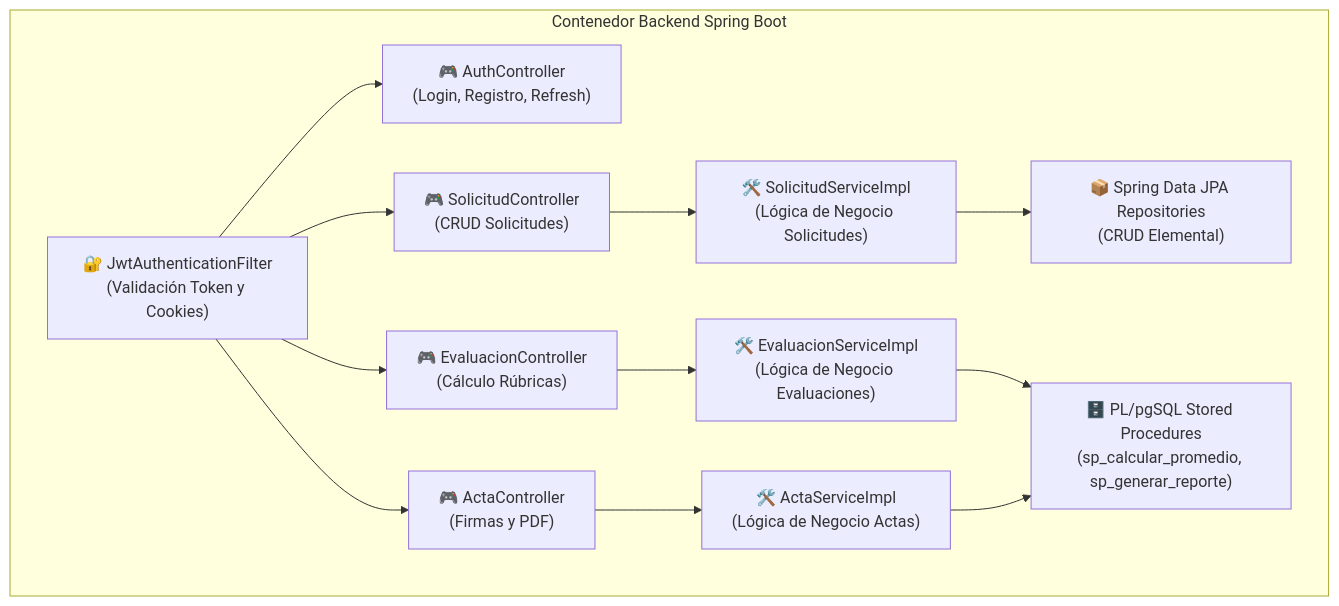
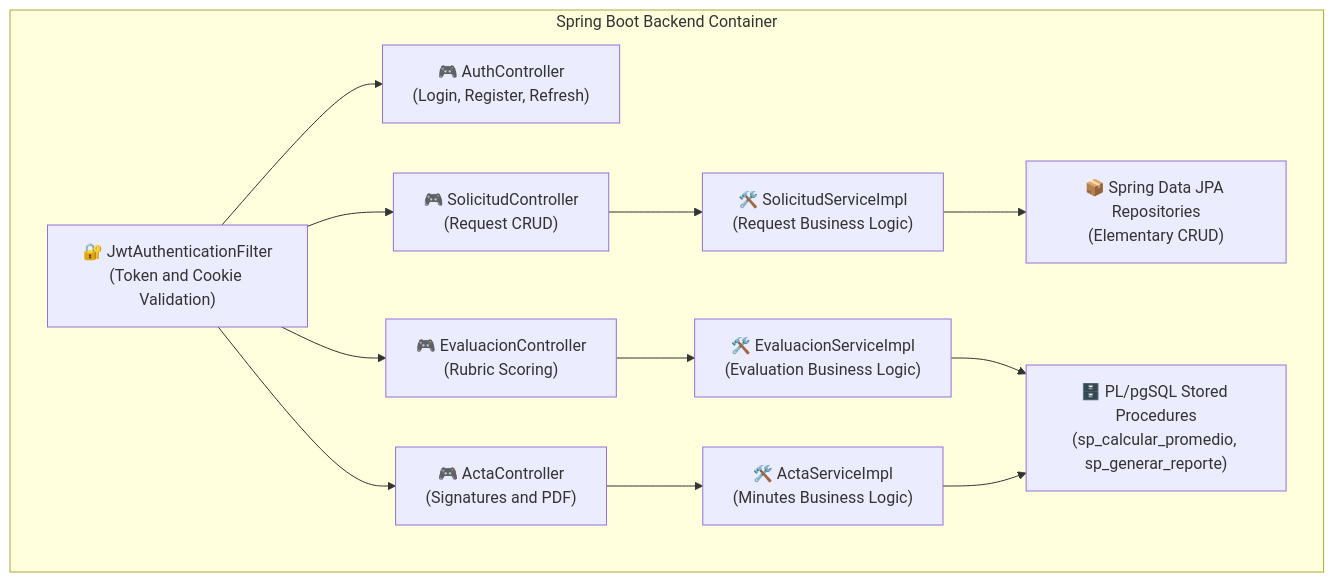
Before and after one commit to carla22072004/PFC-Presustentaciones-2026: the third of 3 diagrams in docs/arquitectura/README.md, drawn with Mermaid. The commit also changed other lines of this file and 20 other files, not shown here.

````diff
--- a/docs/arquitectura/README.md
+++ b/docs/arquitectura/README.md
@@ -56,30 +61,30 @@
 ```mermaid
 graph TD
-    subgraph "Contenedor Backend Spring Boot"
-        SecurityFilter["🔐 JwtAuthenticationFilter<br/>(Validación Token y Cookies)"]
-        AuthController["🎮 AuthController<br/>(Login, Registro, Refresh)"]
-        SolicitudController["🎮 SolicitudController<br/>(CRUD Solicitudes)"]
-        EvaluacionController["🎮 EvaluacionController<br/>(Cálculo Rúbricas)"]
-        ActaController["🎮 ActaController<br/>(Firmas y PDF)"]
+    subgraph "Spring Boot Backend Container"
+        SecurityFilter["🔐 JwtAuthenticationFilter<br/>(Token and Cookie Validation)"]
+        AuthController["🎮 AuthController<br/>(Login, Register, Refresh)"]
+        SolicitudController["🎮 SolicitudController<br/>(Request CRUD)"]
+        EvaluacionController["🎮 EvaluacionController<br/>(Rubric Scoring)"]
+        ActaController["🎮 ActaController<br/>(Signatures and PDF)"]
 
-        SolicitudService["🛠️ SolicitudServiceImpl<br/>(Lógica de Negocio Solicitudes)"]
-        EvaluacionService["🛠️ EvaluacionServiceImpl<br/>(Lógica de Negocio Evaluaciones)"]
-        ActaService["🛠️ ActaServiceImpl<br/>(Lógica de Negocio Actas)"]
+        SolicitudService["🛠️ SolicitudServiceImpl<br/>(Request Business Logic)"]
+        EvaluacionService["🛠️ EvaluacionServiceImpl<br/>(Evaluation Business Logic)"]
+        ActaService["🛠️ ActaServiceImpl<br/>(Minutes Business Logic)"]
 
-        JPARepositories["📦 Spring Data JPA Repositories<br/>(CRUD Elemental)"]
+        JPARepositories["📦 Spring Data JPA Repositories<br/>(Elementary CRUD)"]
         StoredProcedures["🗄️ PL/pgSQL Stored Procedures<br/>(sp_calcular_promedio, sp_generar_reporte)"]
     end
 
     SecurityFilter --> AuthController
     SecurityFilter --> SolicitudController
     SecurityFilter --> EvaluacionController
     SecurityFilter --> ActaController
 
     SolicitudController --> SolicitudService
     EvaluacionController --> EvaluacionService
     ActaController --> ActaService
 
     SolicitudService --> JPARepositories
     EvaluacionService --> StoredProcedures
     ActaService --> StoredProcedures
 ```
````
